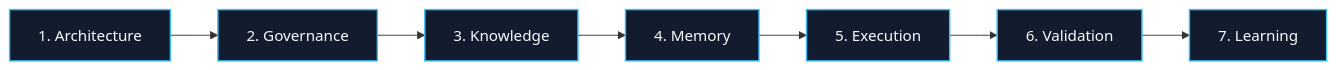
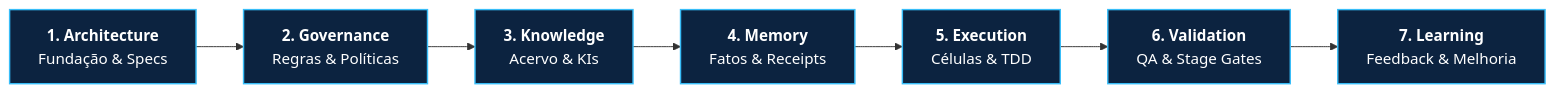
The first of 5 diagrams in governance/operating-model.md (EnterDufter/PromptCoreLabs_AEOS), drawn with Mermaid before and after one commit. The commit also changed other lines of this file and 8 other files, not shown here.

Commit message:
docs(mermaid): padronizar 15 diagramas calibrados v7 no repo, github pages e skill cortex

````diff
--- a/governance/operating-model.md
+++ b/governance/operating-model.md
@@ -46,6 +48,6 @@
 ```mermaid
-graph LR
-    classDef step fill:#131b2e,stroke:#38bdf8,stroke-width:1.5px,color:#f8fafc;
+flowchart LR
+    classDef step fill:#0c2340,stroke:#38bdf8,stroke-width:1.5px,color:#ffffff;
     
-    A["1. Architecture"]:::step --> B["2. Governance"]:::step --> C["3. Knowledge"]:::step --> D["4. Memory"]:::step --> E["5. Execution"]:::step --> F["6. Validation"]:::step --> G["7. Learning"]:::step
+    A["<b>1. Architecture</b><br/>Fundação & Specs"]:::step --> B["<b>2. Governance</b><br/>Regras & Políticas"]:::step --> C["<b>3. Knowledge</b><br/>Acervo & KIs"]:::step --> D["<b>4. Memory</b><br/>Fatos & Receipts"]:::step --> E["<b>5. Execution</b><br/>Células & TDD"]:::step --> F["<b>6. Validation</b><br/>QA & Stage Gates"]:::step --> G["<b>7. Learning</b><br/>Feedback & Melhoria"]:::step
 ```
````
